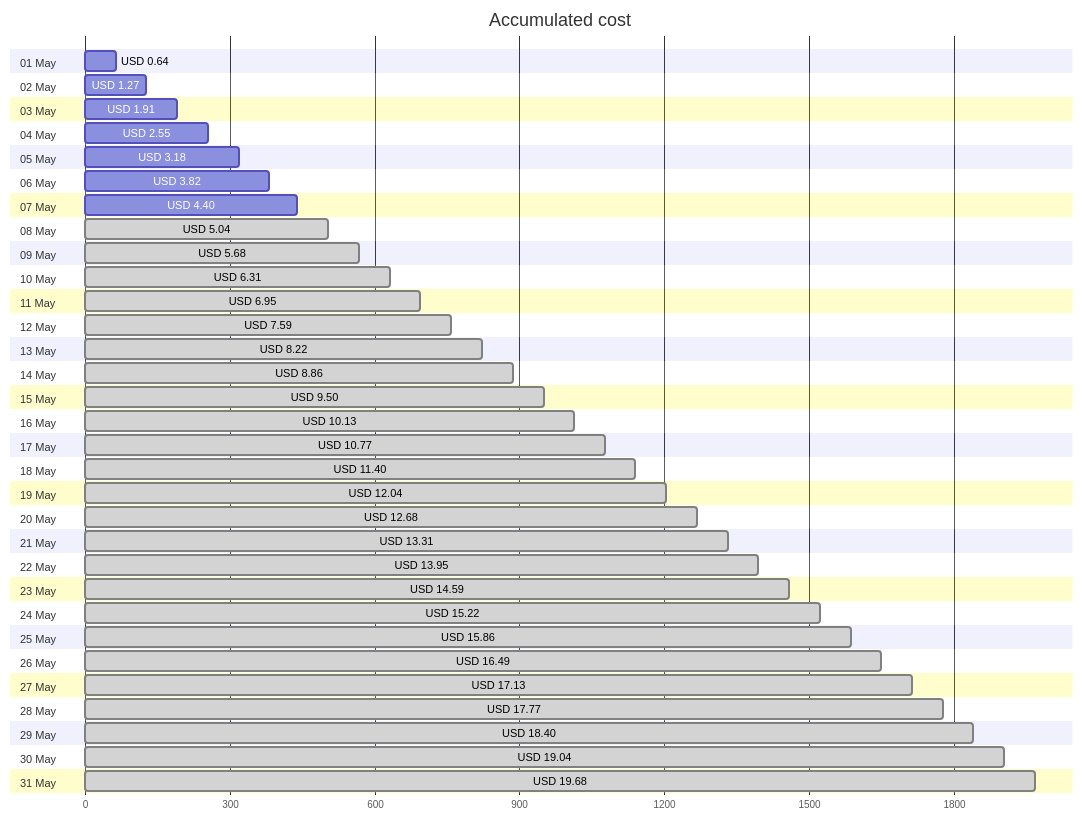
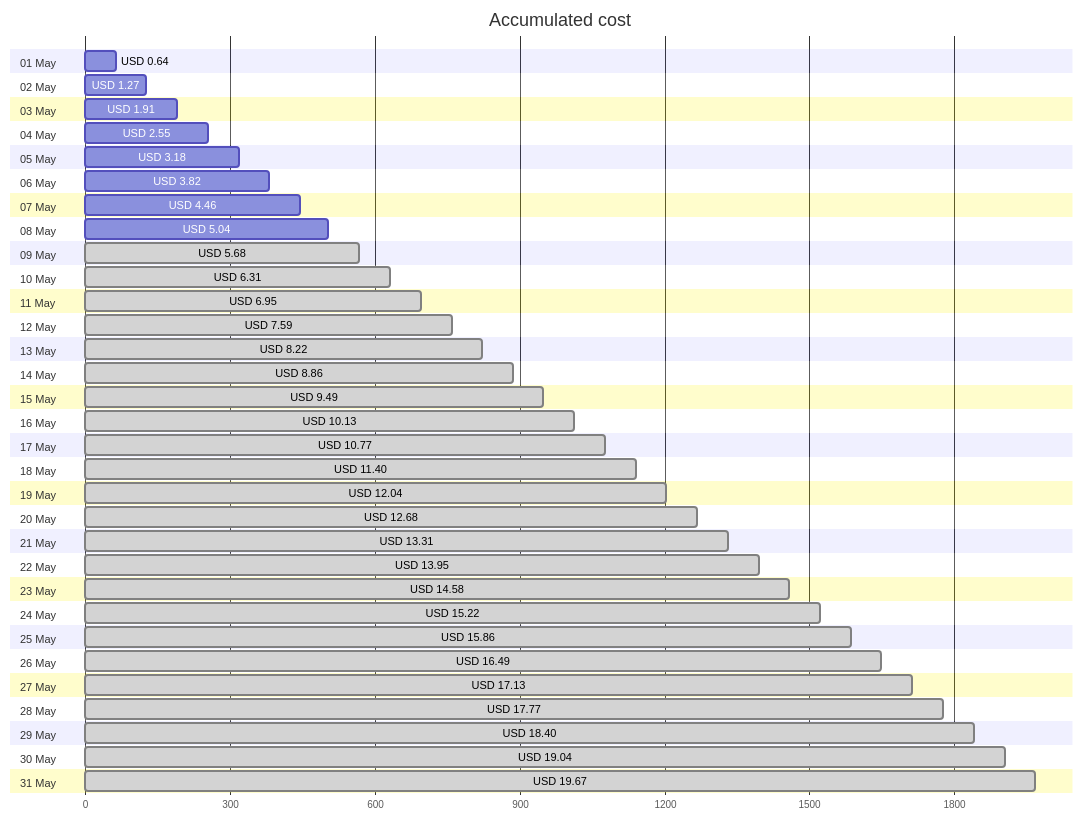
The first of 4 diagrams in cost-reports/accumulated-cost.md (jpfulton/azure-personal-reports), drawn with Mermaid before and after one commit. The commit also changed other lines of this file and 4 other files, not shown here.

````diff
--- a/cost-reports/accumulated-cost.md
+++ b/cost-reports/accumulated-cost.md
@@ -20,68 +20,68 @@
 ```mermaid
 gantt
    title Accumulated cost
    dateFormat  X
    axisFormat %s
    section 01 May
    USD 0.64 :0, 64
    section 02 May
    USD 1.27 :0, 127
    section 03 May
    USD 1.91 :0, 191
    section 04 May
    USD 2.55 :0, 255
    section 05 May
    USD 3.18 :0, 318
    section 06 May
    USD 3.82 :0, 382
    section 07 May
-   USD 4.40 :0, 440
+   USD 4.46 :0, 446
    section 08 May
-   USD 5.04 : done, 0, 504
+   USD 5.04 :0, 504
    section 09 May
    USD 5.68 : done, 0, 568
    section 10 May
    USD 6.31 : done, 0, 631
    section 11 May
    USD 6.95 : done, 0, 695
    section 12 May
    USD 7.59 : done, 0, 759
    section 13 May
    USD 8.22 : done, 0, 822
    section 14 May
    USD 8.86 : done, 0, 886
    section 15 May
-   USD 9.50 : done, 0, 950
+   USD 9.49 : done, 0, 949
    section 16 May
    USD 10.13 : done, 0, 1013
    section 17 May
    USD 10.77 : done, 0, 1077
    section 18 May
    USD 11.40 : done, 0, 1140
    section 19 May
    USD 12.04 : done, 0, 1204
    section 20 May
    USD 12.68 : done, 0, 1268
    section 21 May
    USD 13.31 : done, 0, 1331
    section 22 May
    USD 13.95 : done, 0, 1395
    section 23 May
-   USD 14.59 : done, 0, 1459
+   USD 14.58 : done, 0, 1458
    section 24 May
    USD 15.22 : done, 0, 1522
    section 25 May
    USD 15.86 : done, 0, 1586
    section 26 May
    USD 16.49 : done, 0, 1649
    section 27 May
    USD 17.13 : done, 0, 1713
    section 28 May
    USD 17.77 : done, 0, 1777
    section 29 May
    USD 18.40 : done, 0, 1840
    section 30 May
    USD 19.04 : done, 0, 1904
    section 31 May
-   USD 19.68 : done, 0, 1968
+   USD 19.67 : done, 0, 1967
 ```
````
